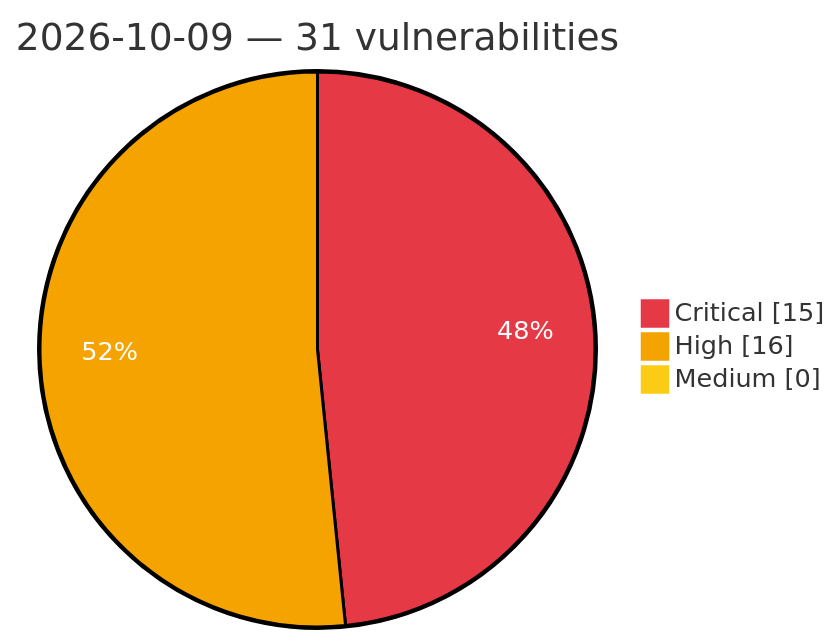
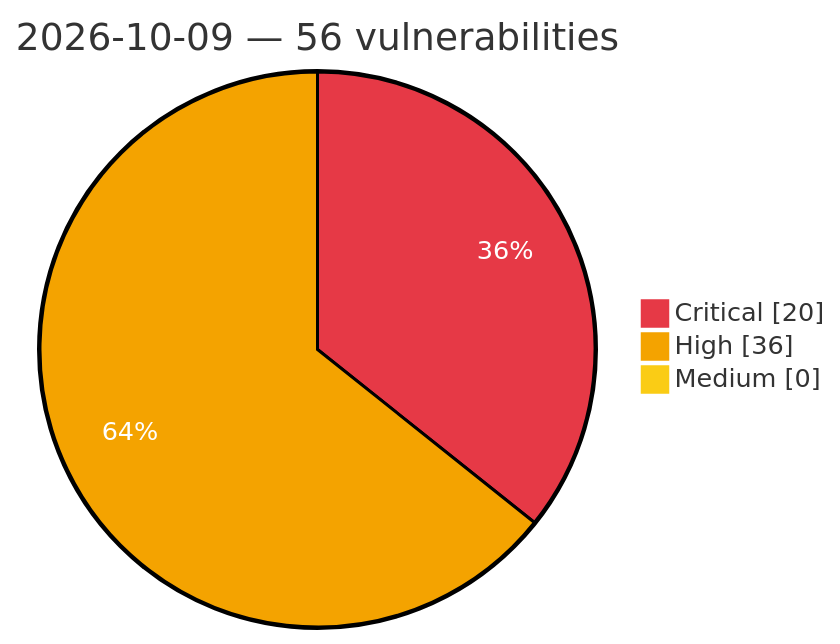
The diagram in vulnerabilities/2026/October/2026-10-09.md (GhostX0X/vuln-tracker), drawn with Mermaid before and after one commit. The commit also changed other lines of this file and 5 other files, not shown here.

Commit message:
Auto update: critical/high vulns (2026-10-09 19:36 UTC)

````diff
--- a/vulnerabilities/2026/October/2026-10-09.md
+++ b/vulnerabilities/2026/October/2026-10-09.md
@@ -3,8 +3,8 @@
 ```mermaid
 %%{init: {'theme':'base', 'themeVariables': {'pie1':'#e63946', 'pie2':'#f4a300', 'pie3':'#facc15', 'pieOpacity':'1', 'pieOuterStrokeWidth':'2px', 'pieSectionTextColor':'#ffffff'}}}%%
 pie showData
-    title 2026-10-09 — 31 vulnerabilities
-    "Critical" : 15
-    "High" : 16
+    title 2026-10-09 — 56 vulnerabilities
+    "Critical" : 20
+    "High" : 36
     "Medium" : 0
 ```
````
